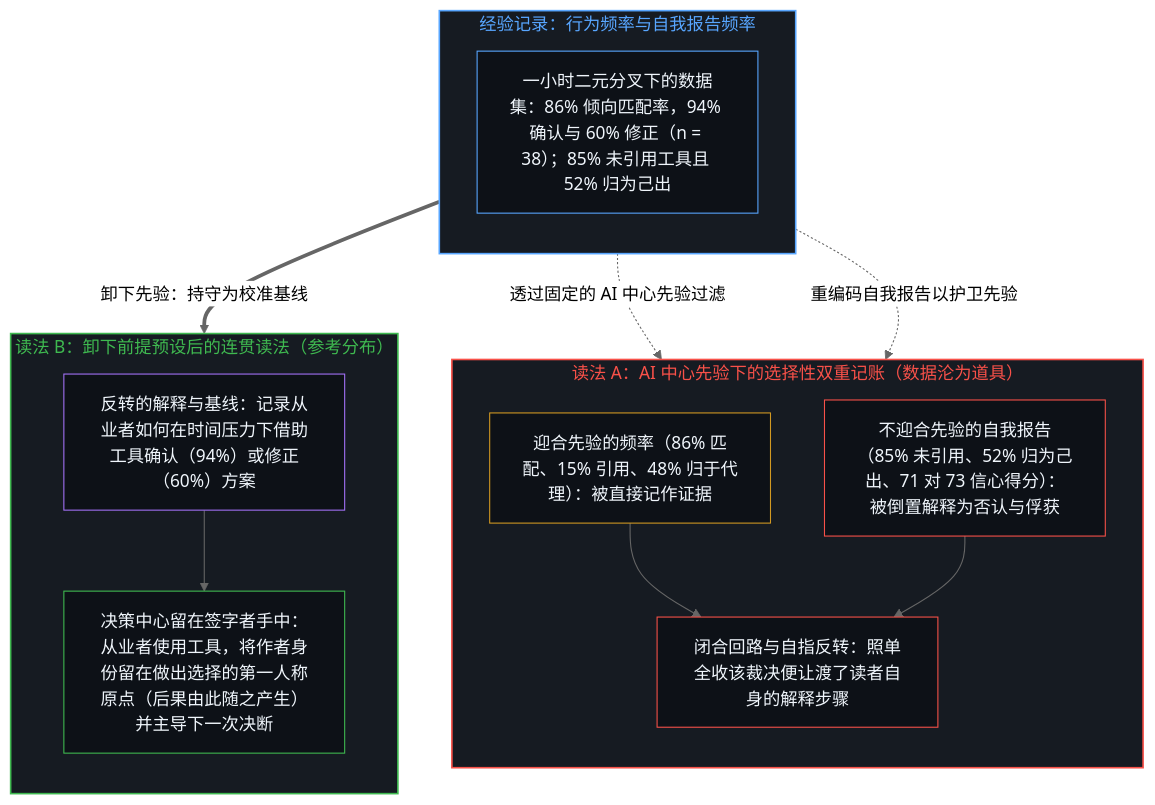
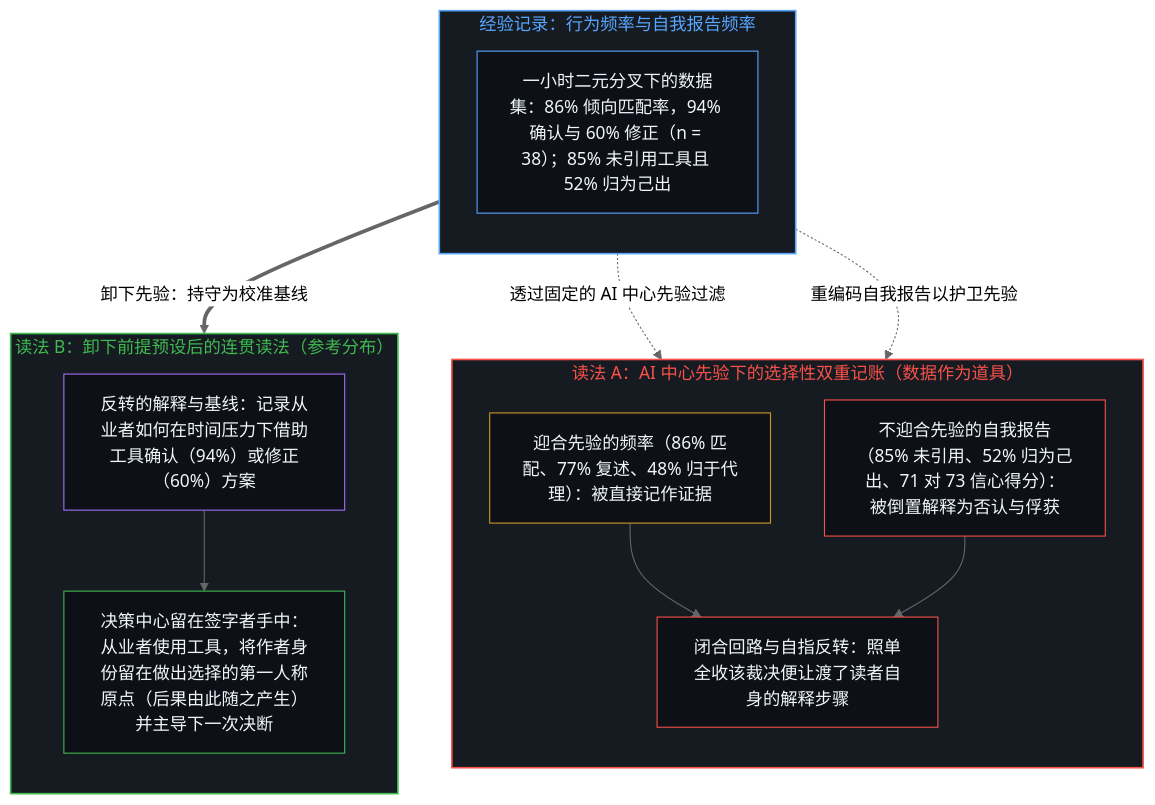
Before and after one commit to powerpig99/not-a-toe: the third of 4 diagrams in content/posts/agency-and-the-pattern.md, drawn with Mermaid (neutral theme). The commit also changed other lines of this file and 5 other files, not shown here.

````diff
--- a/content/posts/agency-and-the-pattern.md
+++ b/content/posts/agency-and-the-pattern.md
@@ -113,33 +113,33 @@
 ```mermaid
 flowchart TD
     subgraph S_Base["经验记录：行为频率与自我报告频率"]
         direction TB
         B_Data["一小时二元分叉下的数据集：86% 倾向匹配率，94% 确认与 60% 修正（n = 38）；85% 未引用工具且 52% 归为己出"]
     end
-    subgraph S_ReadA["读法 A：AI 中心先验下的选择性双重记账（数据沦为道具）"]
+    subgraph S_ReadA["读法 A：AI 中心先验下的选择性双重记账（数据作为道具）"]
         direction TB
-        A_Conf["迎合先验的频率（86% 匹配、15% 引用、48% 归于代理）：被直接记作证据"]
+        A_Conf["迎合先验的频率（86% 匹配、77% 复述、48% 归于代理）：被直接记作证据"]
         A_Deny["不迎合先验的自我报告（85% 未引用、52% 归为己出、71 对 73 信心得分）：被倒置解释为否认与俘获"]
         A_Irony["闭合回路与自指反转：照单全收该裁决便让渡了读者自身的解释步骤"]
         A_Conf --> A_Irony
         A_Deny --> A_Irony
     end
     subgraph S_ReadB["读法 B：卸下前提预设后的连贯读法（参考分布）"]
         direction TB
         R_Ref["反转的解释与基线：记录从业者如何在时间压力下借助工具确认（94%）或修正（60%）方案"]
         R_Center["决策中心留在签字者手中：从业者使用工具，将作者身份留在做出选择的第一人称原点（后果由此随之产生）并主导下一次决断"]
         R_Ref --> R_Center
     end
     B_Data -.->|"透过固定的 AI 中心先验过滤"| A_Conf
     B_Data -.->|"重编码自我报告以护卫先验"| A_Deny
     B_Data ==>|"卸下先验：持守为校准基线"| R_Ref
     style S_Base fill:#161b22,stroke:#58a6ff,stroke-width:1.5px,color:#58a6ff
     style S_ReadA fill:#161b22,stroke:#f85149,stroke-width:1.5px,color:#f85149
     style S_ReadB fill:#161b22,stroke:#3fb950,stroke-width:1.5px,color:#3fb950
     style B_Data fill:#0d1117,stroke:#58a6ff,stroke-width:1px,color:#f0f6fc
     style A_Conf fill:#0d1117,stroke:#d29922,stroke-width:1px,color:#f0f6fc
     style A_Deny fill:#0d1117,stroke:#f85149,stroke-width:1px,color:#f0f6fc
     style A_Irony fill:#0d1117,stroke:#f85149,stroke-width:1px,color:#f0f6fc
     style R_Ref fill:#0d1117,stroke:#a371f7,stroke-width:1px,color:#f0f6fc
     style R_Center fill:#0d1117,stroke:#3fb950,stroke-width:1px,color:#f0f6fc
 ```
````
